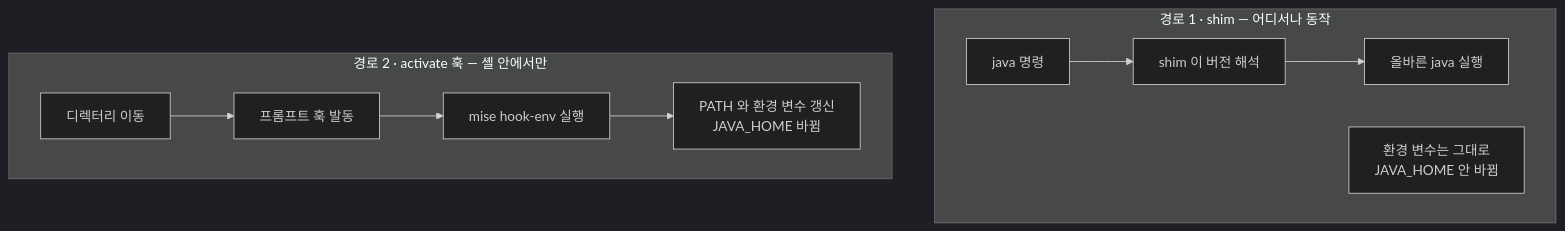
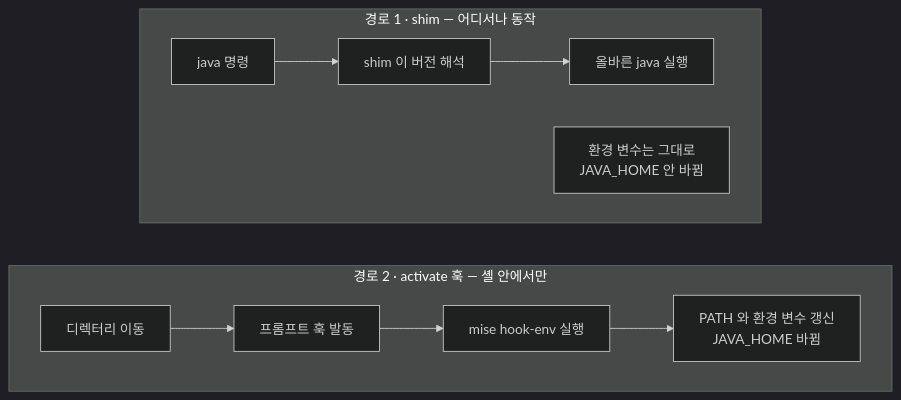
Before and after one commit to hayohio-bit/dotfiles: the seventh of 12 diagrams in ARCHITECTURE.md, drawn with Mermaid (dark theme).

Commit message:
docs: 경로 비교 다이어그램의 좌우 배치를 세로로 고정
두 서브그래프를 연결하지 않아 mermaid 가 좌우로 배치했고, 그 결과
경로 2 가 왼쪽에 놓여 읽는 순서와 반대로 보였다. 보이지 않는 연결로
경로 1 이 위에 오도록 고정한다.

````diff
--- a/ARCHITECTURE.md
+++ b/ARCHITECTURE.md
@@ -183,11 +183,13 @@
 ```mermaid
 flowchart TD
     subgraph p1["경로 1 · shim — 어디서나 동작"]
         A1["java 명령"] --> A2["shim 이 버전 해석"] --> A3["올바른 java 실행"]
         A9["환경 변수는 그대로<br/>JAVA_HOME 안 바뀜"]
     end
     subgraph p2["경로 2 · activate 훅 — 셸 안에서만"]
         B1["디렉터리 이동"] --> B2["프롬프트 훅 발동"] --> B3["mise hook-env 실행"]
         B3 --> B4["PATH 와 환경 변수 갱신<br/>JAVA_HOME 바뀜"]
     end
+    %% 보이지 않는 연결. 없으면 두 묶음이 좌우로 놓이면서 경로 2 가 왼쪽에 와 순서가 뒤집힌다.
+    p1 ~~~ p2
 ```
````
